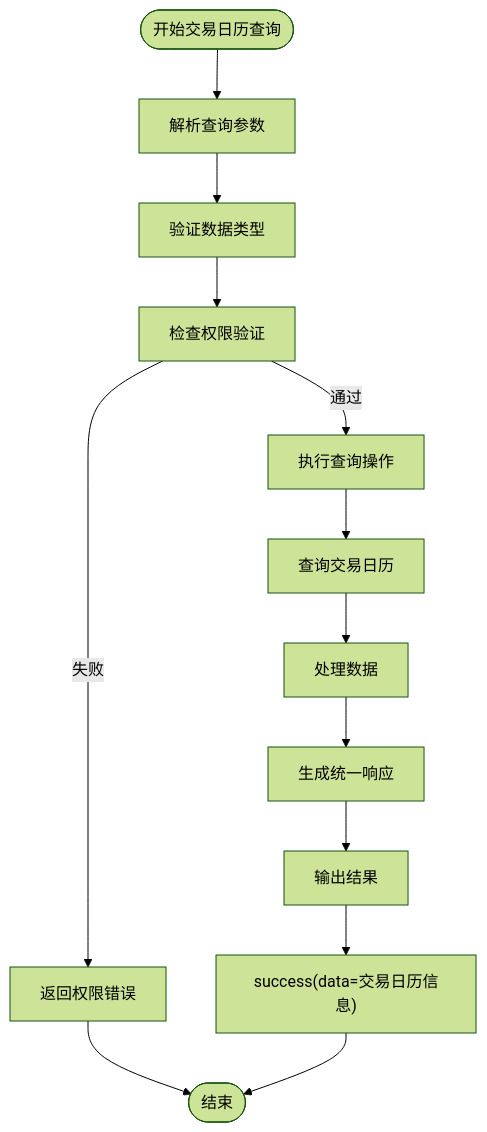
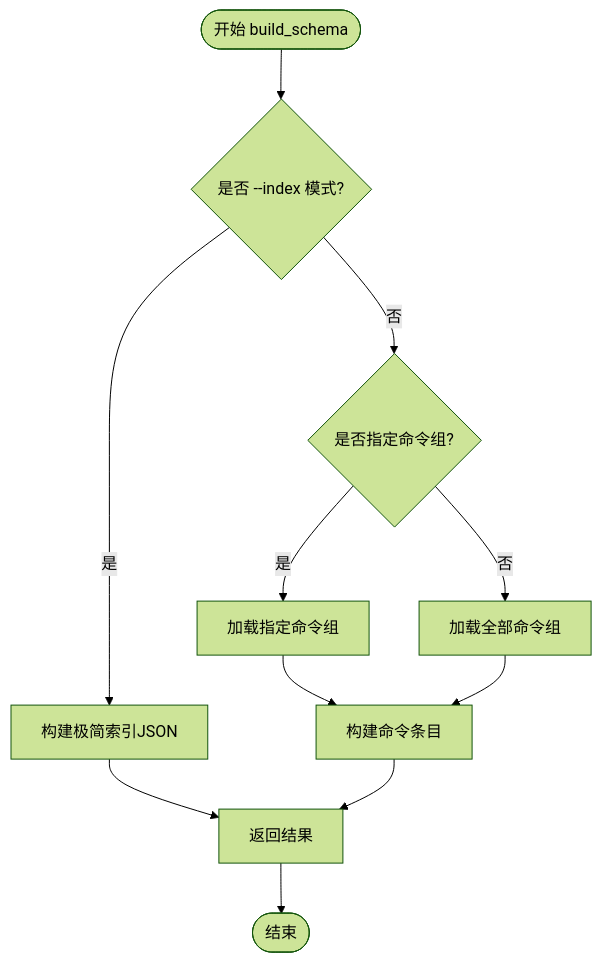
One commit to gujialind/InvestRing changed the third of 5 diagrams in .qoder/repowiki/zh/content/开发指南/InvestRing Admin CLI 工具.md. Above: the diagram before and after it, drawn with Mermaid (forest theme). The commit also changed other lines of this file and 65 other files, not shown here.

````diff
--- a/.qoder/repowiki/zh/content/开发指南/InvestRing Admin CLI 工具.md
+++ b/.qoder/repowiki/zh/content/开发指南/InvestRing Admin CLI 工具.md
@@ -184,15 +152,13 @@
 ```mermaid
 flowchart TD
-Start(["开始交易日历查询"]) --> ParseParams["解析查询参数"]
-ParseParams --> ValidateData["验证数据类型"]
-ValidateData --> CheckAuth["检查权限验证"]
-CheckAuth --> |通过| ExecuteQuery["执行查询操作"]
-CheckAuth --> |失败| AuthError["返回权限错误"]
-ExecuteQuery --> QueryCalendar["查询交易日历"]
-QueryCalendar --> ProcessData["处理数据"]
-ProcessData --> GenerateResponse["生成统一响应"]
-GenerateResponse --> OutputResult["输出结果"]
-OutputResult --> Success["success(data=交易日历信息)"]
-AuthError --> End(["结束"])
-Success --> End
+Start(["开始 build_schema"]) --> CheckIndex{"是否 --index 模式?"}
+CheckIndex --> |是| BuildIndex["构建极简索引JSON"]
+CheckIndex --> |否| CheckGroup{"是否指定命令组?"}
+CheckGroup --> |是| LoadGroup["加载指定命令组"]
+CheckGroup --> |否| LoadAll["加载全部命令组"]
+LoadGroup --> BuildCommands["构建命令条目"]
+LoadAll --> BuildCommands
+BuildIndex --> Return["返回结果"]
+BuildCommands --> Return
+Return --> End(["结束"])
 ```
````
